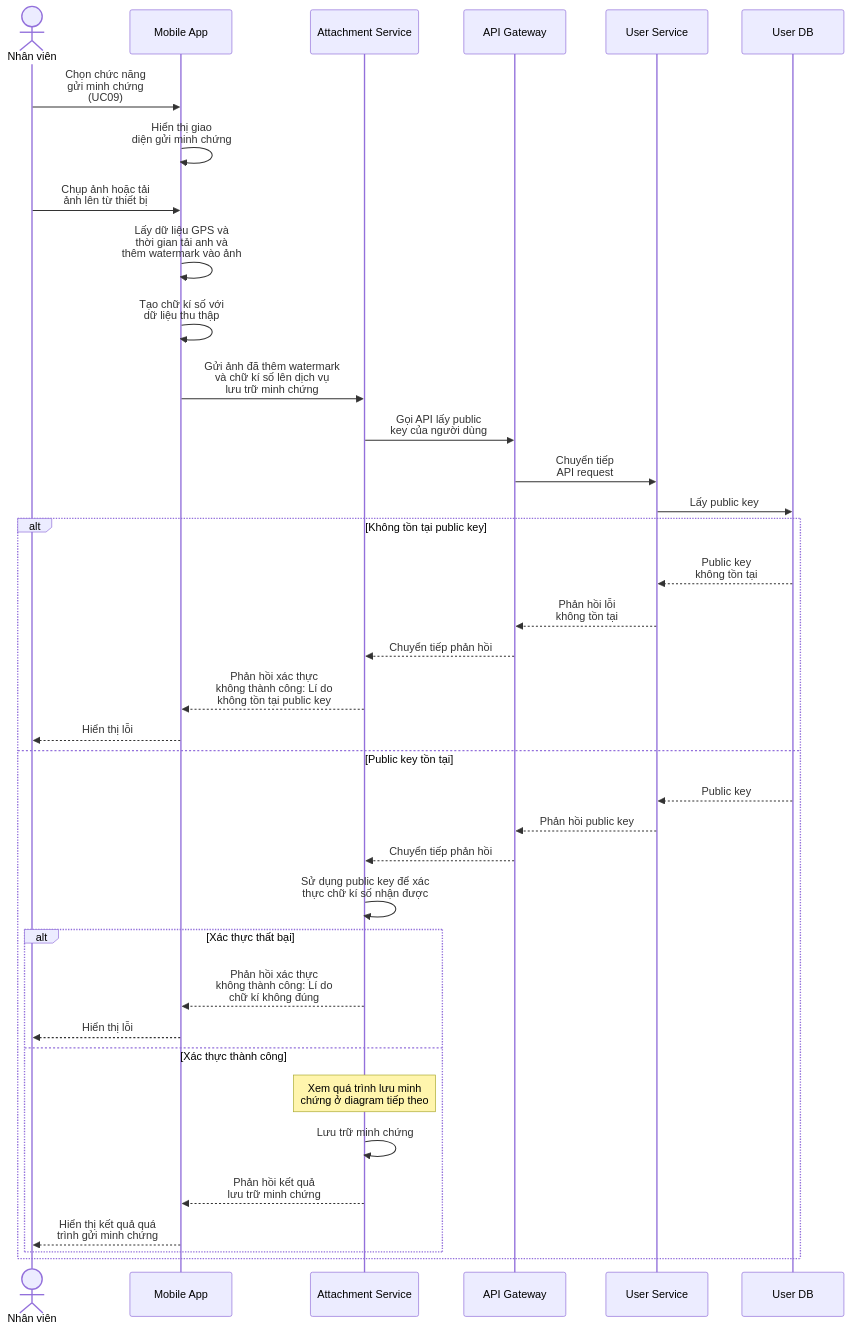
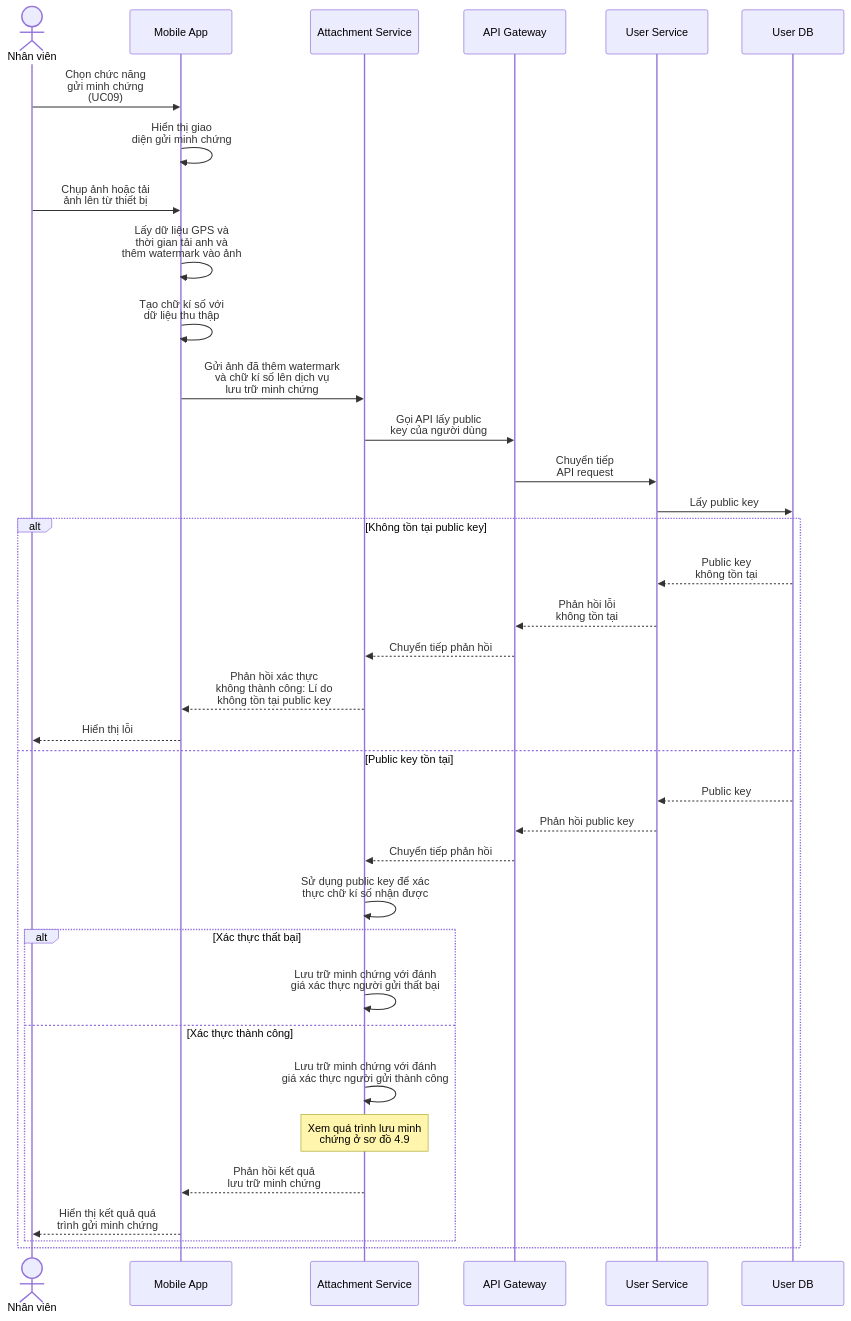
Before and after one commit to nnminh-sam/trip-sync-microservices: the third of 16 diagrams in docs/system-design/sequence-diagrams/README.md, drawn with Mermaid. The commit also changed 2 other files, not shown here.

Commit message:
update: removed unauthorized verification

````diff
--- a/docs/system-design/sequence-diagrams/README.md
+++ b/docs/system-design/sequence-diagrams/README.md
@@ -74,41 +74,40 @@
 ```mermaid
 sequenceDiagram
     actor Employee as Nhân viên
     participant MobileApp as Mobile App
     participant AttachmentService as Attachment Service
     participant APIGateway as API Gateway
     participant UserService as User Service
     participant UserDB as User DB
 
     Employee->>MobileApp: Chọn chức năng<br/>gửi minh chứng<br/>(UC09)
     MobileApp->>MobileApp: Hiển thị giao<br/>diện gửi minh chứng
     Employee->>MobileApp: Chụp ảnh hoặc tải<br/>ảnh lên từ thiết bị
     MobileApp->>MobileApp: Lấy dữ liệu GPS và<br/>thời gian tải anh và<br/>thêm watermark vào ảnh
     MobileApp->>MobileApp: Tạo chữ kí số với<br/>dữ liệu thu thập
     MobileApp->>AttachmentService: Gửi ảnh đã thêm watermark<br/>và chữ kí số lên dịch vụ<br/>lưu trữ minh chứng
     AttachmentService->>APIGateway: Gọi API lấy public<br/>key của người dùng
     APIGateway->>UserService: Chuyển tiếp<br/>API request
     UserService->>UserDB: Lấy public key
     alt Không tồn tại public key
         UserDB-->>UserService: Public key<br/>không tồn tại
         UserService-->>APIGateway: Phản hồi lỗi<br/>không tồn tại
         APIGateway-->>AttachmentService: Chuyển tiếp phản hồi
         AttachmentService-->>MobileApp: Phản hồi xác thực<br/>không thành công: Lí do<br/>không tồn tại public key
         MobileApp-->>Employee: Hiển thị lỗi
     else Public key tồn tại
         UserDB-->>UserService: Public key
         UserService-->>APIGateway: Phản hồi public key
         APIGateway-->>AttachmentService: Chuyển tiếp phản hồi
         AttachmentService->>AttachmentService: Sử dụng public key để xác<br/>thực chữ kí số nhận được
         alt Xác thực thất bại
-            AttachmentService-->>MobileApp: Phản hồi xác thực<br/>không thành công: Lí do<br/>chữ kí không đúng
-            MobileApp-->>Employee: Hiển thị lỗi
+            AttachmentService->>AttachmentService: Lưu trữ minh chứng với đánh<br/>giá xác thực người gửi thất bại
         else Xác thực thành công
-            Note over AttachmentService: Xem quá trình lưu minh<br/>chứng ở diagram tiếp theo
-            AttachmentService->>AttachmentService: Lưu trữ minh chứng
+            AttachmentService->>AttachmentService: Lưu trữ minh chứng với đánh<br/>giá xác thực người gửi thành công
+            Note over AttachmentService: Xem quá trình lưu minh<br/>chứng ở sơ đồ 4.9
             AttachmentService-->>MobileApp: Phản hồi kết quả<br/>lưu trữ minh chứng
             MobileApp-->>Employee: Hiển thị kết quả quá<br/>trình gửi minh chứng
         end
     end
 
 ```
````
